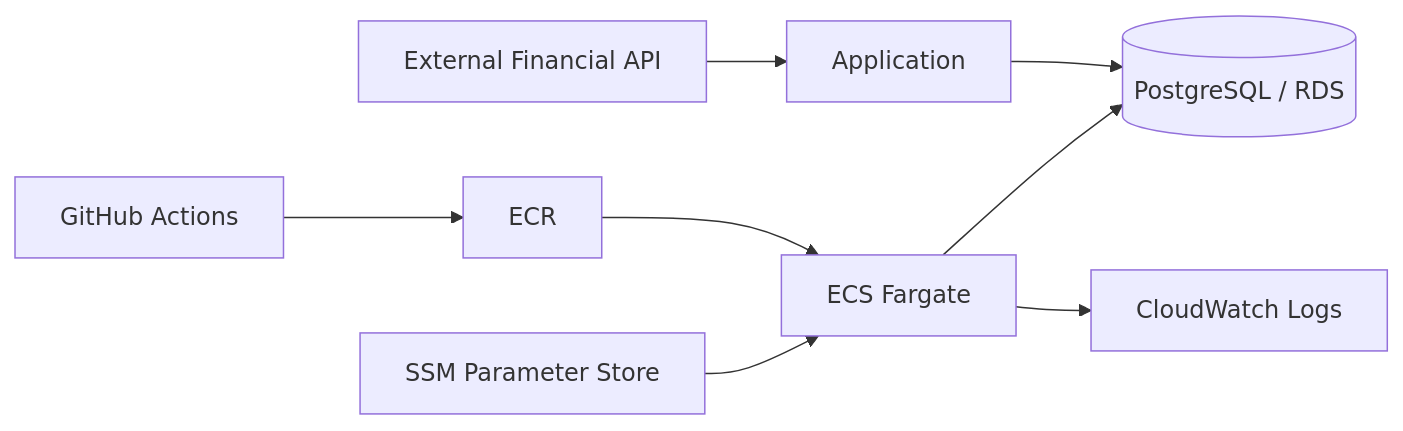
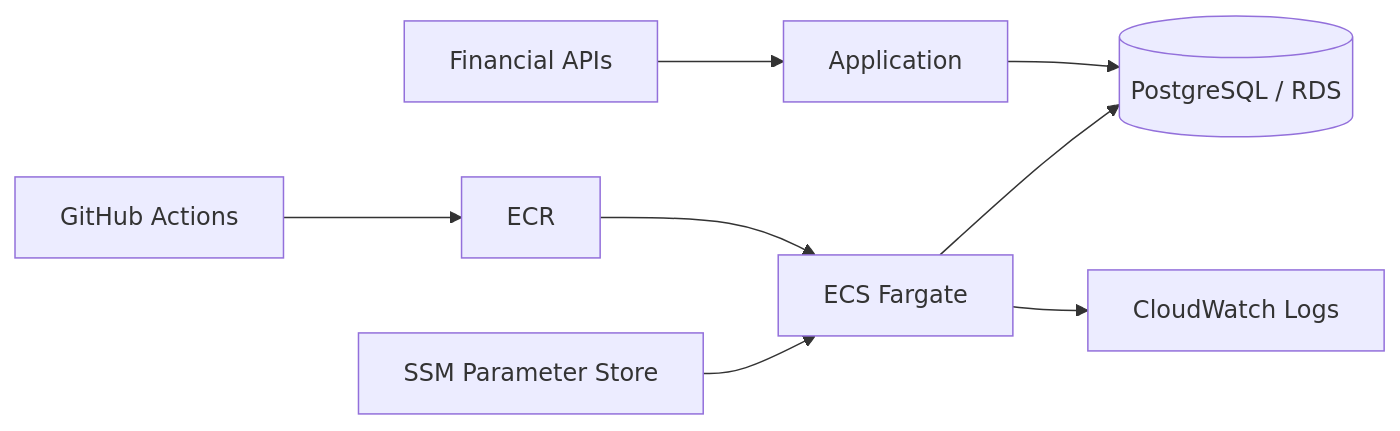
One commit to LIMJAELIN/portfolio changed the diagram in README.md. Above: the diagram before and after it, drawn with Mermaid. The commit also changed other lines of this file, not shown here.

````diff
--- a/README.md
+++ b/README.md
@@ -45,10 +42,10 @@
 ```mermaid
 flowchart LR
-    API[External Financial API] --> APP[Application]
+    API[Financial APIs] --> APP[Application]
     APP --> DB[(PostgreSQL / RDS)]
     GHA[GitHub Actions] --> ECR[ECR]
     ECR --> ECS[ECS Fargate]
     ECS --> DB
     SSM[SSM Parameter Store] --> ECS
     ECS --> CW[CloudWatch Logs]
 ```
````
